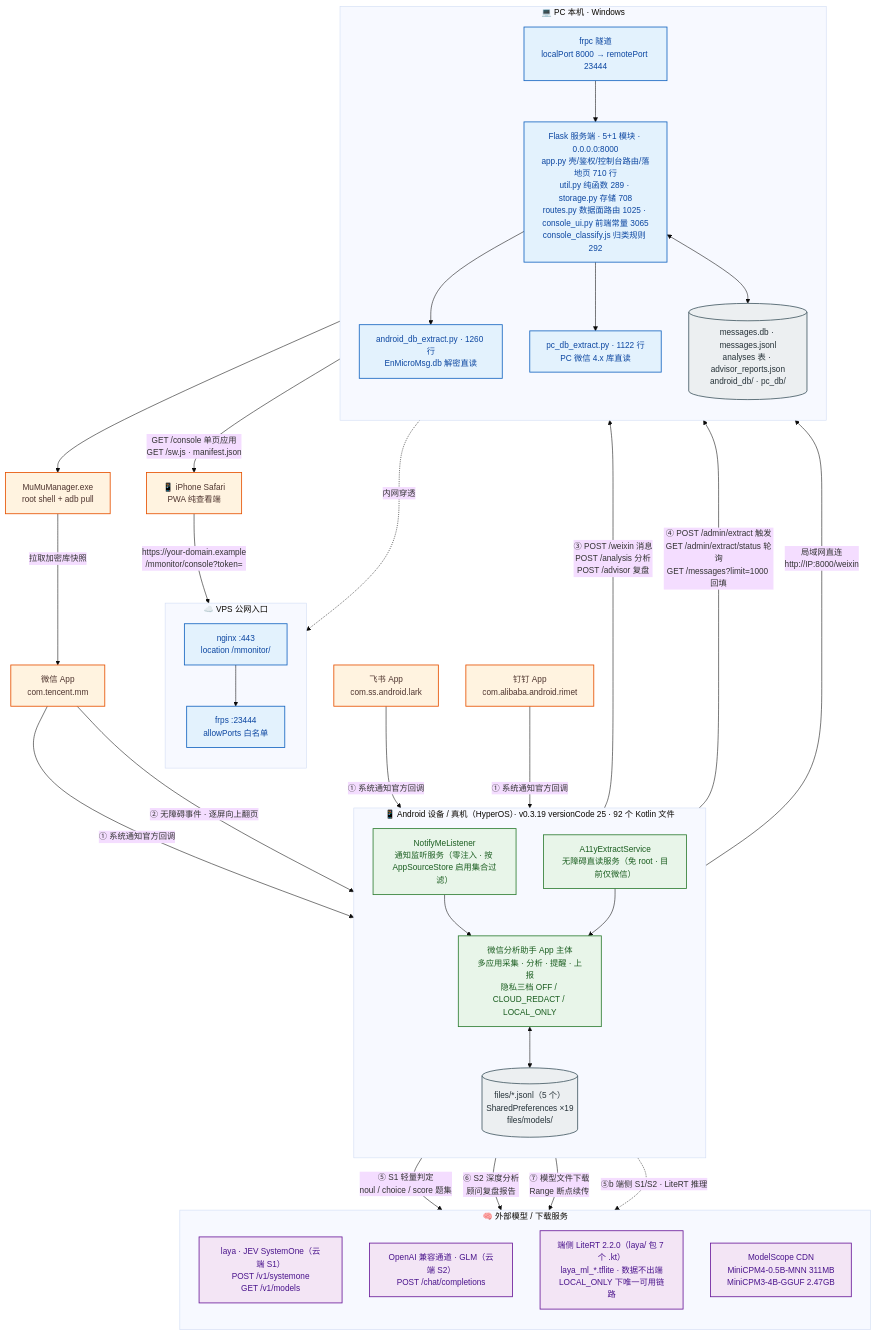
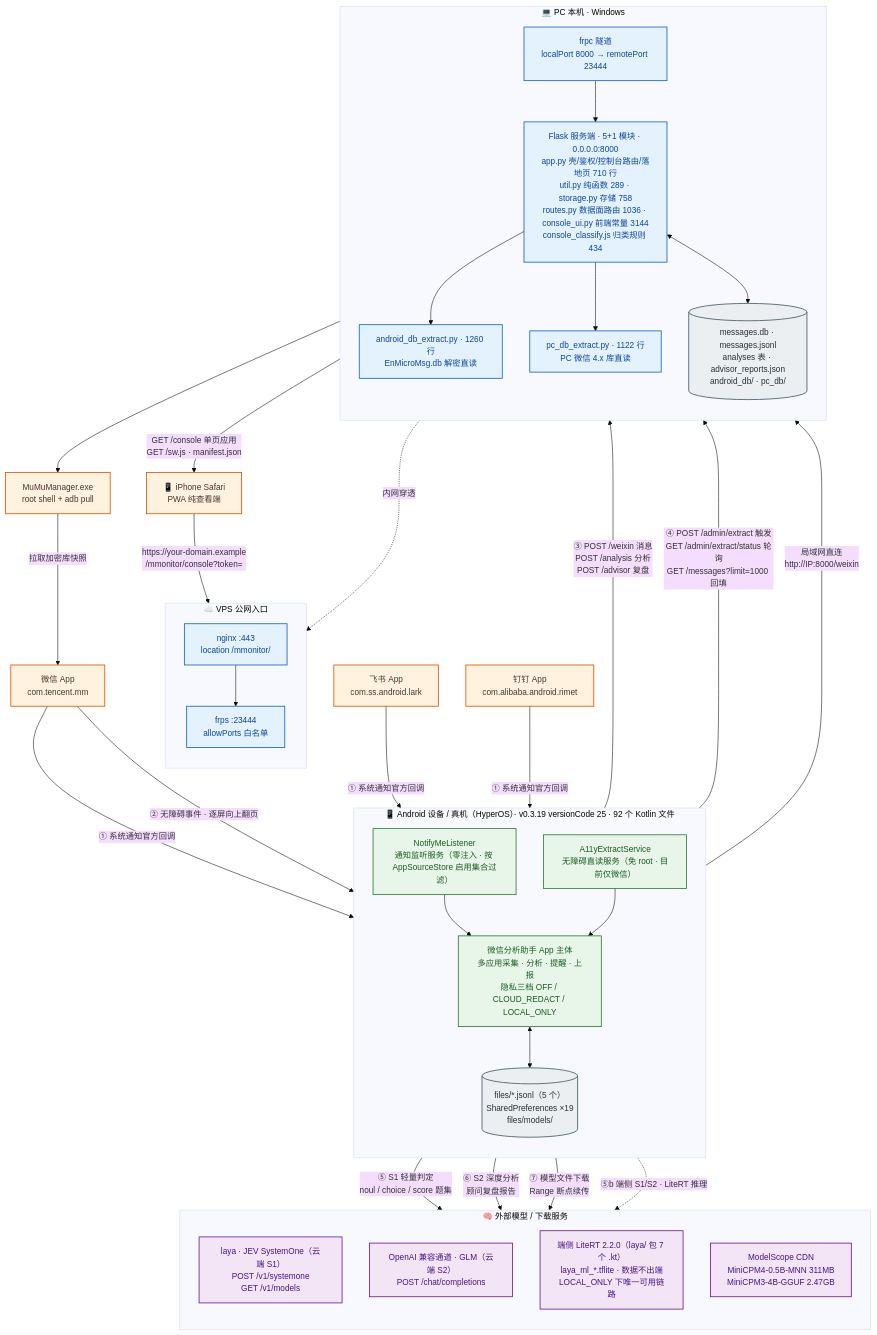
Before and after one commit to solidjoker/notifyme: the diagram in docs/architecture/diagrams/01-system-context.mmd, drawn with Mermaid. The commit also changed 22 other files, not shown here.

```diff
--- a/docs/architecture/diagrams/01-system-context.mmd
+++ b/docs/architecture/diagrams/01-system-context.mmd
@@ -1,70 +1,70 @@
 %%{init: {'theme':'base','themeVariables':{'fontSize':'15px','fontFamily':'Microsoft YaHei, PingFang SC, sans-serif'},'flowchart':{'htmlLabels':true,'curve':'basis'}}}%%
 flowchart TB
     classDef ext  fill:#fff3e0,stroke:#e65100,stroke-width:1.5px,color:#4e342e
     classDef app  fill:#e8f5e9,stroke:#2e7d32,stroke-width:1.5px,color:#1b5e20
     classDef srv  fill:#e3f2fd,stroke:#1565c0,stroke-width:1.5px,color:#0d47a1
     classDef llm  fill:#f3e5f5,stroke:#6a1b9a,stroke-width:1.5px,color:#4a148c
     classDef store fill:#eceff1,stroke:#455a64,stroke-width:1.5px,color:#263238
 
     WX["微信 App<br/>com.tencent.mm"]:::ext
     FS["飞书 App<br/>com.ss.android.lark"]:::ext
     DT["钉钉 App<br/>com.alibaba.android.rimet"]:::ext
 
     subgraph DEV["📱 Android 设备 / 真机（HyperOS）· v0.3.19 versionCode 25 · 92 个 Kotlin 文件"]
         direction TB
         NL["NotifyMeListener<br/>通知监听服务（零注入 · 按 AppSourceStore 启用集合过滤）"]:::app
         A11Y["A11yExtractService<br/>无障碍直读服务（免 root · 目前仅微信）"]:::app
         CORE["微信分析助手 App 主体<br/>多应用采集 · 分析 · 提醒 · 上报<br/>隐私三档 OFF / CLOUD_REDACT / LOCAL_ONLY"]:::app
         STORE[("files/*.jsonl（5 个）<br/>SharedPreferences ×19<br/>files/models/")]:::store
         NL --> CORE
         A11Y --> CORE
         CORE <--> STORE
     end
 
     subgraph HOST["💻 PC 本机 · Windows"]
         direction TB
-        FLASK["Flask 服务端 · 5+1 模块 · 0.0.0.0:8000<br/>app.py 壳/鉴权/控制台路由/落地页 710 行<br/>util.py 纯函数 289 · storage.py 存储 708<br/>routes.py 数据面路由 1025 · console_ui.py 前端常量 3065<br/>console_classify.js 归类规则 292"]:::srv
+        FLASK["Flask 服务端 · 5+1 模块 · 0.0.0.0:8000<br/>app.py 壳/鉴权/控制台路由/落地页 710 行<br/>util.py 纯函数 289 · storage.py 存储 758<br/>routes.py 数据面路由 1036 · console_ui.py 前端常量 3144<br/>console_classify.js 归类规则 434"]:::srv
         ADBEX["android_db_extract.py · 1260 行<br/>EnMicroMsg.db 解密直读"]:::srv
         PCEX["pc_db_extract.py · 1122 行<br/>PC 微信 4.x 库直读"]:::srv
         DB[("messages.db · messages.jsonl<br/>analyses 表 · advisor_reports.json<br/>android_db/ · pc_db/")]:::store
         FRPC["frpc 隧道<br/>localPort 8000 → remotePort 23444"]:::srv
         FLASK --> ADBEX
         FLASK --> PCEX
         FLASK <--> DB
         FRPC --> FLASK
     end
 
     subgraph VPS["☁️ VPS 公网入口"]
         direction TB
         NGINX["nginx :443<br/>location /mmonitor/"]:::srv
         FRPS["frps :23444<br/>allowPorts 白名单"]:::srv
         NGINX --> FRPS
     end
 
     subgraph AI["🧠 外部模型 / 下载服务"]
         direction TB
         LAYA["laya · JEV SystemOne（云端 S1）<br/>POST /v1/systemone<br/>GET /v1/models"]:::llm
         GLM["OpenAI 兼容通道 · GLM（云端 S2）<br/>POST /chat/completions"]:::llm
         LITE["端侧 LiteRT 2.2.0（laya/ 包 7 个 .kt）<br/>laya_ml_*.tflite · 数据不出端<br/>LOCAL_ONLY 下唯一可用链路"]:::llm
         MS["ModelScope CDN<br/>MiniCPM4-0.5B-MNN 311MB<br/>MiniCPM3-4B-GGUF 2.47GB"]:::llm
     end
 
     MUMU["MuMuManager.exe<br/>root shell + adb pull"]:::ext
     IPHONE["📱 iPhone Safari<br/>PWA 纯查看端"]:::ext
 
     WX -->|"① 系统通知官方回调"| NL
     FS -->|"① 系统通知官方回调"| NL
     DT -->|"① 系统通知官方回调"| NL
     WX -->|"② 无障碍事件 · 逐屏向上翻页"| A11Y
     CORE -->|"③ POST /weixin 消息<br/>POST /analysis 分析<br/>POST /advisor 复盘"| FLASK
     CORE -->|"④ POST /admin/extract 触发<br/>GET /admin/extract/status 轮询<br/>GET /messages?limit=1000 回填"| FLASK
     CORE -->|"⑤ S1 轻量判定<br/>noul / choice / score 题集"| LAYA
     CORE -->|"⑥ S2 深度分析<br/>顾问复盘报告"| GLM
     CORE -->|"⑦ 模型文件下载<br/>Range 断点续传"| MS
     CORE -.->|"⑤b 端侧 S1/S2 · LiteRT 推理"| LITE
     ADBEX --> MUMU
     MUMU -->|"拉取加密库快照"| WX
     CORE -->|"局域网直连<br/>http://IP:8000/weixin"| FLASK
     FRPC -.->|"内网穿透"| FRPS
     IPHONE -->|"https://your-domain.example<br/>/mmonitor/console?token="| NGINX
     FLASK -->|"GET /console 单页应用<br/>GET /sw.js · manifest.json"| IPHONE
```
